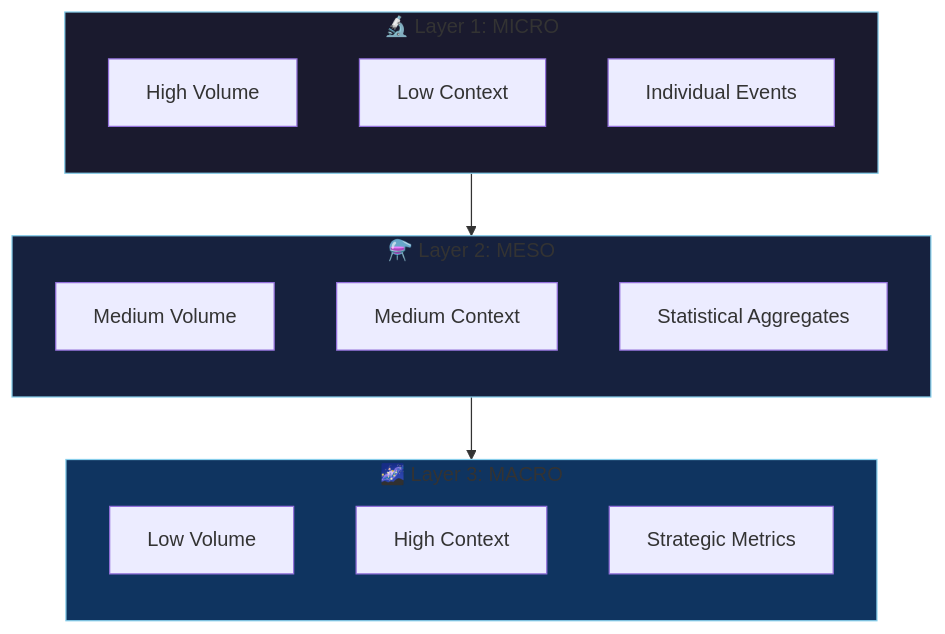
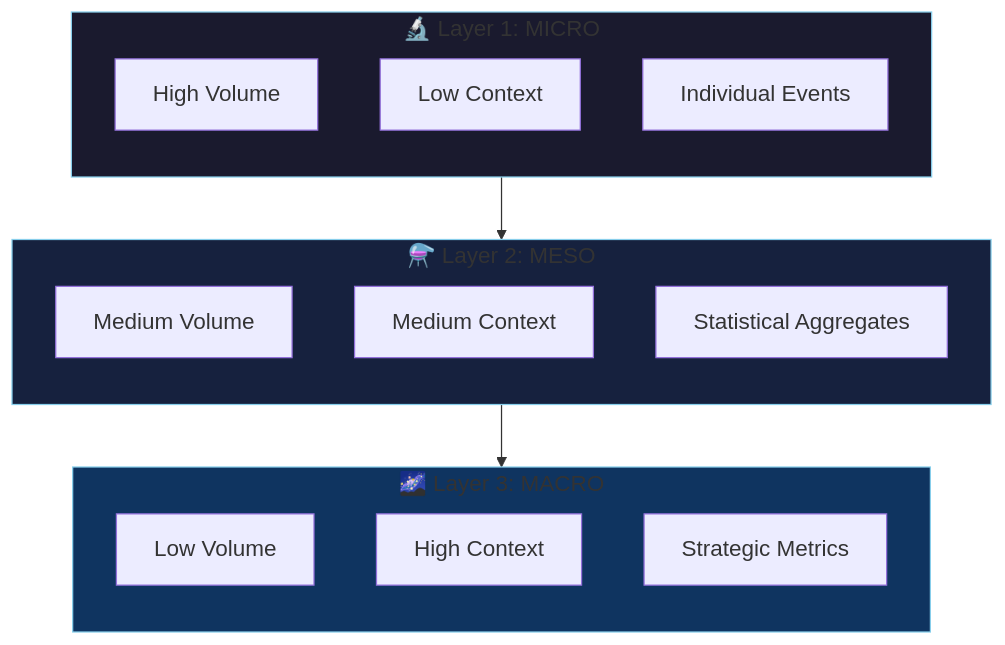
One commit to nmcitra/ktp-rfc changed the first of 2 diagrams in docs/learn/telemetry.md. Above: the diagram before and after it, drawn with Mermaid. The commit also changed other lines of this file and 77 other files, not shown here.

````diff
--- a/docs/learn/telemetry.md
+++ b/docs/learn/telemetry.md
@@ -36,29 +28,30 @@
 ```mermaid
+%%{init: {'themeVariables': {'fontSize': '18px'}}}%%
 flowchart TB
     subgraph L1["🔬 Layer 1: MICRO"]
         direction TB
         M1[High Volume]
         M2[Low Context]
         M3[Individual Events]
     end
     
     subgraph L2["⚗️ Layer 2: MESO"]
         direction TB
         S1[Medium Volume]
         S2[Medium Context]
         S3[Statistical Aggregates]
     end
     
     subgraph L3["🌌 Layer 3: MACRO"]
         direction TB
         A1[Low Volume]
         A2[High Context]
         A3[Strategic Metrics]
     end
     
     L1 --> L2 --> L3
     
     style L1 fill:#1a1a2e,stroke:#87CEEB
     style L2 fill:#16213e,stroke:#87CEEB
     style L3 fill:#0f3460,stroke:#87CEEB
 ```
````
